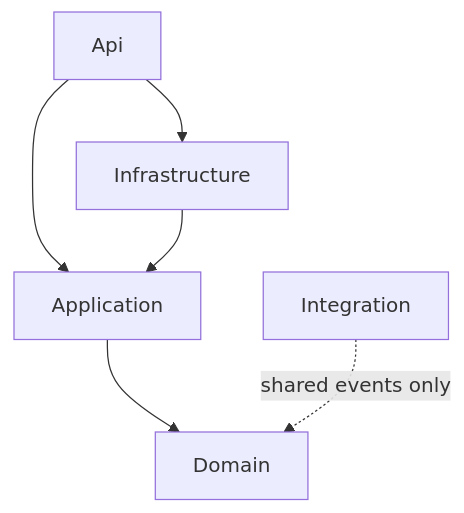
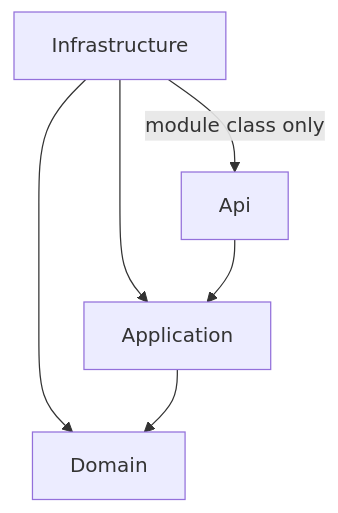
Before and after one commit to AdamWyatt34/Modulus: the diagram in docs/architecture/module-anatomy.md, drawn with Mermaid. The commit also changed other lines of this file and 44 other files, not shown here.

````diff
--- a/docs/architecture/module-anatomy.md
+++ b/docs/architecture/module-anatomy.md
@@ -61,8 +51,8 @@
 ```mermaid
 graph TD
+    Infrastructure --> Application
+    Infrastructure --> Domain
+    Infrastructure -->|module class only| Api
     Api --> Application
-    Api --> Infrastructure
-    Infrastructure --> Application
     Application --> Domain
-    Integration -.-> |shared events only| Domain
 ```
````
